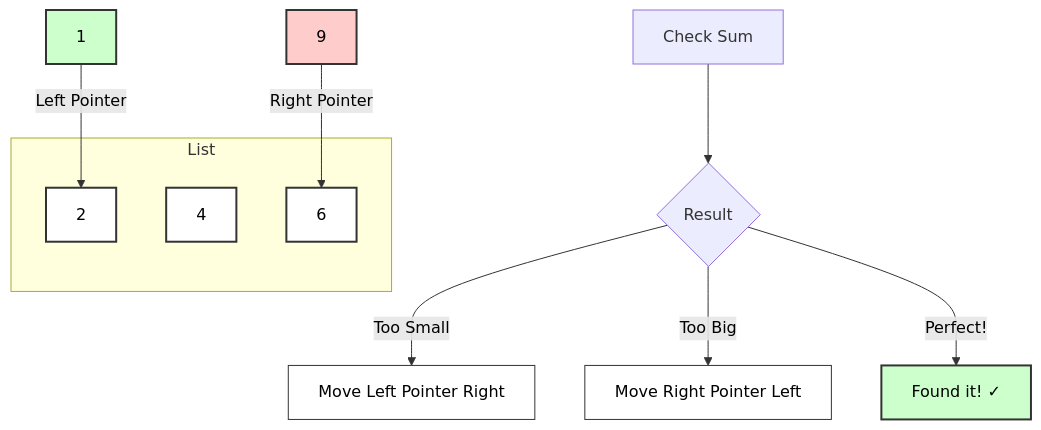
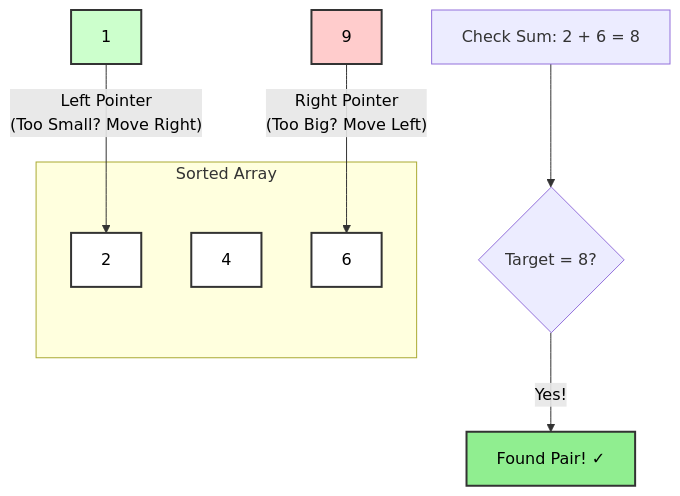
Before and after one commit to ankushtagore/dsa-coding-patterns: the first of 8 diagrams in 02-two-pointers/README.md, drawn with Mermaid. The commit also changed other lines of this file and 3 other files, not shown here.

````diff
--- a/02-two-pointers/README.md
+++ b/02-two-pointers/README.md
@@ -33,27 +64,23 @@
 ```mermaid
 graph TD
-    subgraph List
+    subgraph "Sorted Array"
     B[2]
     C[4]
     D[6]
     end
     
-    A[1] -- "Left Pointer" --> B
-    E[9] -- "Right Pointer" --> D
+    A[1] -- "Left Pointer<br/>(Too Small? Move Right)" --> B
+    E[9] -- "Right Pointer<br/>(Too Big? Move Left)" --> D
     
-    F[Check Sum] --> G{Result}
-    G -- "Too Small" --> H[Move Left Pointer Right]
-    G -- "Too Big" --> I[Move Right Pointer Left]
-    G -- "Perfect!" --> J[Found it! ✓]
-
+    F[Check Sum: 2 + 6 = 8] --> G{Target = 8?}
+    G -- "Yes!" --> J[Found Pair! ✓]
+    
     style A fill:#ccffcc,stroke:#333,stroke-width:2px,color:#000
     style B fill:#ffffff,stroke:#333,stroke-width:2px,color:#000
     style C fill:#ffffff,stroke:#333,stroke-width:2px,color:#000
     style D fill:#ffffff,stroke:#333,stroke-width:2px,color:#000
     style E fill:#ffcccc,stroke:#333,stroke-width:2px,color:#000
-    style J fill:#ccffcc,stroke:#333,stroke-width:2px,color:#000
-    style H fill:#ffffff,stroke:#333,stroke-width:1px,color:#000
-    style I fill:#ffffff,stroke:#333,stroke-width:1px,color:#000
+    style J fill:#90EE90,stroke:#333,stroke-width:2px,color:#000
 
     linkStyle default color:#000,stroke:#333
 ```
````
